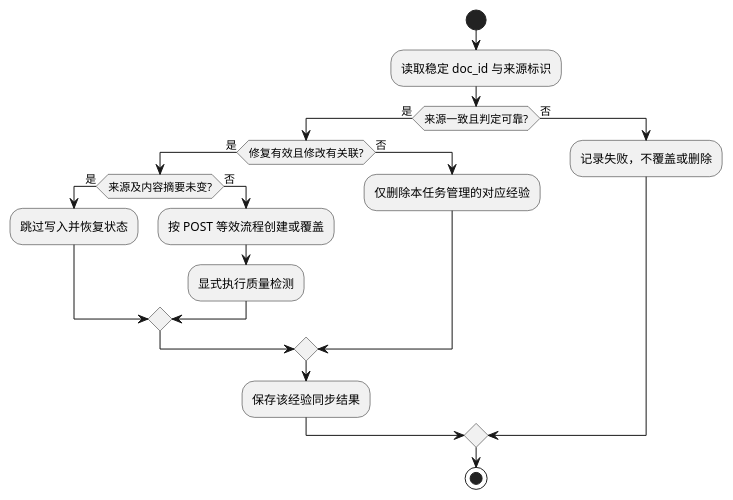
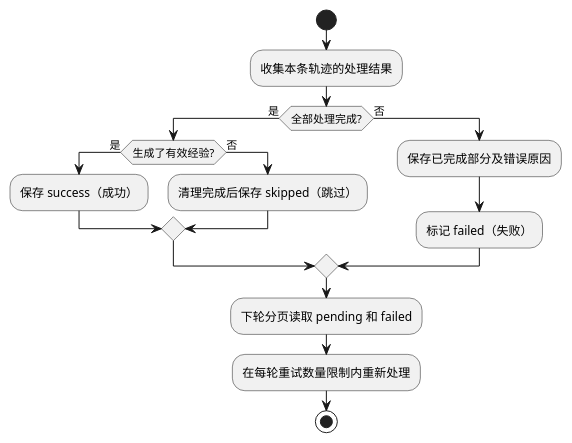
Diagram 14 of 15 in docs/调测轨迹经验提取设计文档.md (yf990848-droid/experience), drawn with PlantUML before and after one commit. The commit also changed other lines of this file, not shown here.

Commit message:
docs: 简化设计文档用词并统一业务模块流程图

````diff
--- a/docs/调测轨迹经验提取设计文档.md
+++ b/docs/调测轨迹经验提取设计文档.md
@@ -543,22 +488,19 @@
 ```plantuml
 @startuml
 start
-:读取稳定 doc_id 与来源标识;
-if (来源一致且判定可靠?) then (是)
-  if (修复有效且修改有关联?) then (是)
-    if (来源及内容摘要未变?) then (是)
-      :跳过写入并恢复状态;
-    else (否)
-      :按 POST 等效流程创建或覆盖;
-      :显式执行质量检测;
-    endif
+:收集本条轨迹的处理结果;
+if (全部处理完成?) then (是)
+  if (生成了有效经验?) then (是)
+    :保存 success（成功）;
   else (否)
-    :仅删除本任务管理的对应经验;
+    :清理完成后保存 skipped（跳过）;
   endif
-  :保存该经验同步结果;
 else (否)
-  :记录失败，不覆盖或删除;
+  :保存已完成部分及错误原因;
+  :标记 failed（失败）;
 endif
+:下轮分页读取 pending 和 failed;
+:在每轮重试数量限制内重新处理;
 stop
 @enduml
 ```
````
